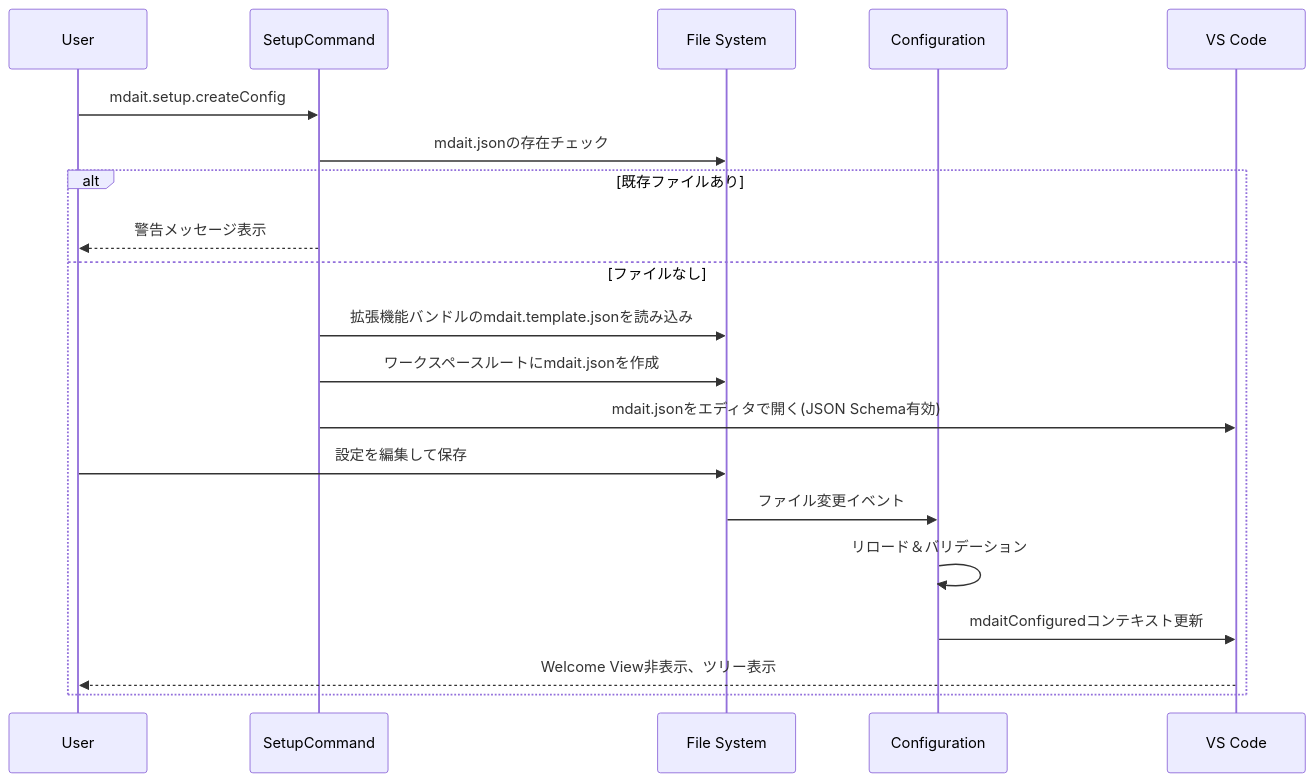
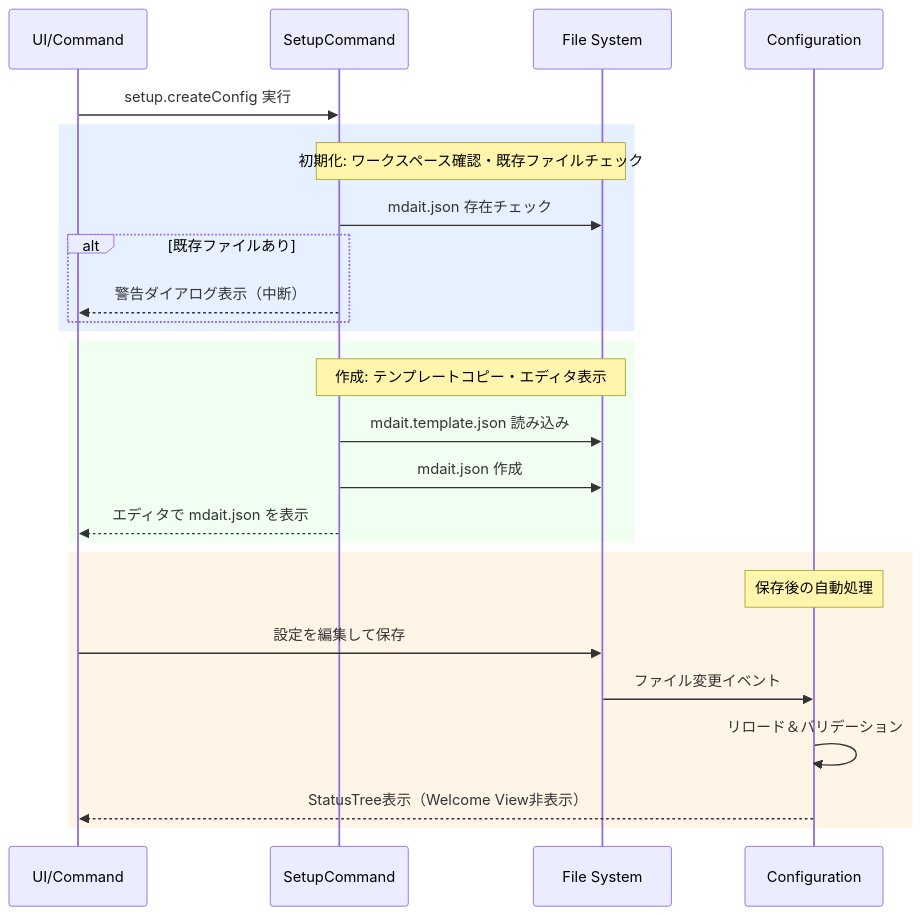
Before and after one commit to mochimochiki/mdait: the diagram in docs/command_setup.md, drawn with Mermaid. The commit also changed other lines of this file and 13 other files, not shown here.

````diff
--- a/docs/command_setup.md
+++ b/docs/command_setup.md
@@ -19,23 +55,32 @@
 ```mermaid
 sequenceDiagram
-	participant User
-	participant Cmd as SetupCommand
-	participant FS as File System
-	participant Cfg as Configuration
-	participant UI as VS Code
+    participant User as UI/Command
+    participant Cmd as SetupCommand
+    participant FS as File System
+    participant Cfg as Configuration
 
-	User->>Cmd: mdait.setup.createConfig
-	Cmd->>FS: mdait.jsonの存在チェック
-	alt 既存ファイルあり
-		Cmd-->>User: 警告メッセージ表示
-	else ファイルなし
-		Cmd->>FS: 拡張機能バンドルのmdait.template.jsonを読み込み
-		Cmd->>FS: ワークスペースルートにmdait.jsonを作成
-		Cmd->>UI: mdait.jsonをエディタで開く(JSON Schema有効)
-		User->>FS: 設定を編集して保存
-		FS->>Cfg: ファイル変更イベント
-		Cfg->>Cfg: リロード＆バリデーション
-		Cfg->>UI: mdaitConfiguredコンテキスト更新
-		UI-->>User: Welcome View非表示、ツリー表示
-	end
+    User->>Cmd: setup.createConfig 実行
+
+    rect rgb(230, 240, 255)
+        Note over Cmd,FS: 初期化: ワークスペース確認・既存ファイルチェック
+        Cmd->>FS: mdait.json 存在チェック
+        alt 既存ファイルあり
+            Cmd-->>User: 警告ダイアログ表示（中断）
+        end
+    end
+
+    rect rgb(240, 255, 240)
+        Note over Cmd,FS: 作成: テンプレートコピー・エディタ表示
+        Cmd->>FS: mdait.template.json 読み込み
+        Cmd->>FS: mdait.json 作成
+        Cmd-->>User: エディタで mdait.json を表示
+    end
+
+    rect rgb(255, 245, 230)
+        Note over Cfg: 保存後の自動処理
+        User->>FS: 設定を編集して保存
+        FS->>Cfg: ファイル変更イベント
+        Cfg->>Cfg: リロード＆バリデーション
+        Cfg-->>User: StatusTree表示（Welcome View非表示）
+    end
 ```
````
